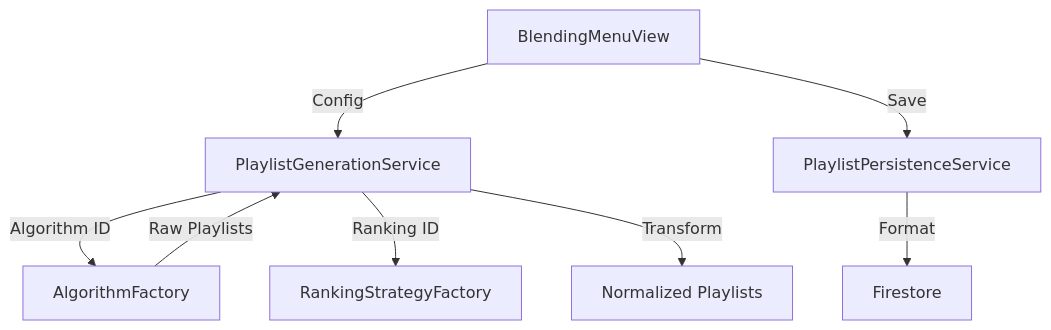
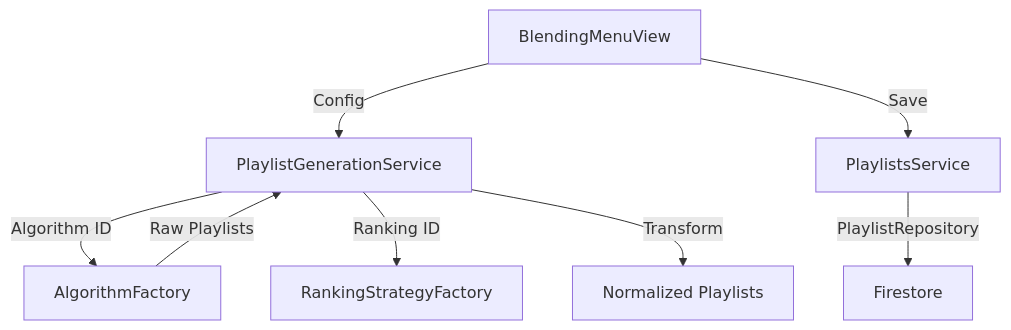
Before and after one commit to maujrp99/MJRP_AlbumsBalancedPlaylists_v0: the first of 2 diagrams in docs/manual/17_Frontend_Services.md, drawn with Mermaid. The commit also changed other lines of this file and 37 other files, not shown here.

````diff
--- a/docs/manual/17_Frontend_Services.md
+++ b/docs/manual/17_Frontend_Services.md
@@ -60,10 +60,10 @@
 ```mermaid
 graph TD
     UI[BlendingMenuView] -->|Config| PGS[PlaylistGenerationService]
     PGS -->|Algorithm ID| Algo[AlgorithmFactory]
     PGS -->|Ranking ID| Rank[RankingStrategyFactory]
     Algo -->|Raw Playlists| PGS
     PGS -->|Transform| P[Normalized Playlists]
-    UI -->|Save| PPS[PlaylistPersistenceService]
-    PPS -->|Format| Firestore
+    UI -->|Save| PS[PlaylistsService]
+    PS -->|PlaylistRepository| Firestore
 ```
````
